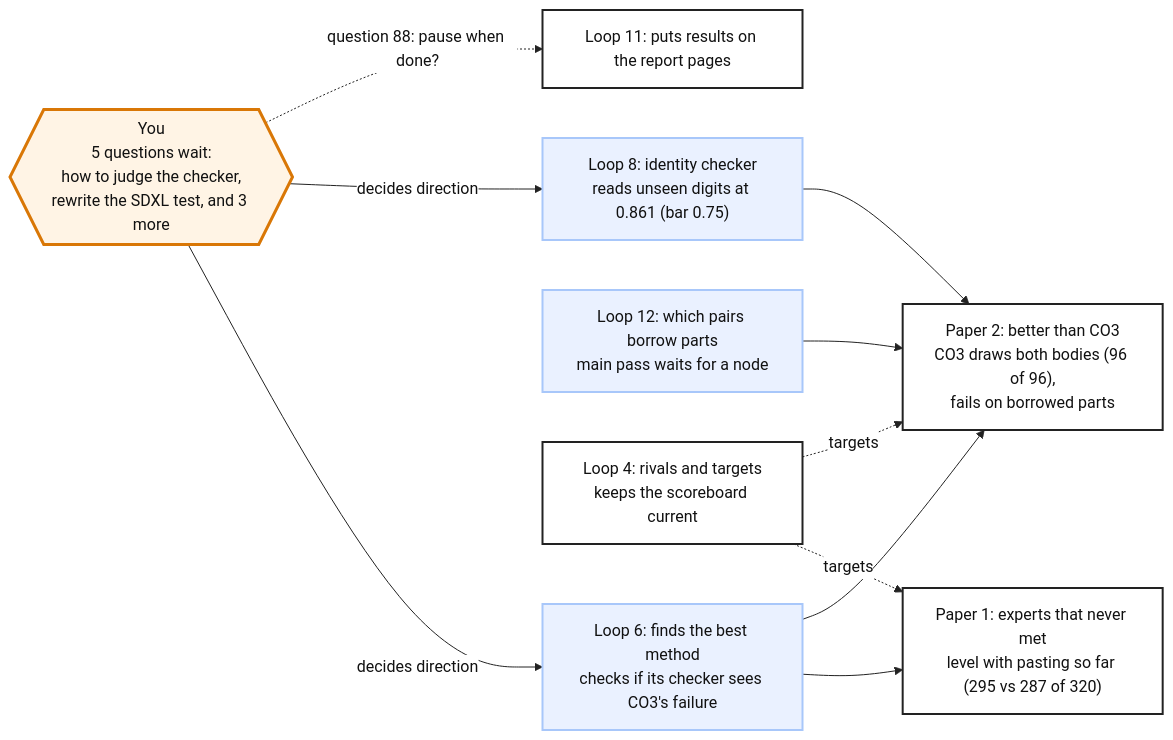
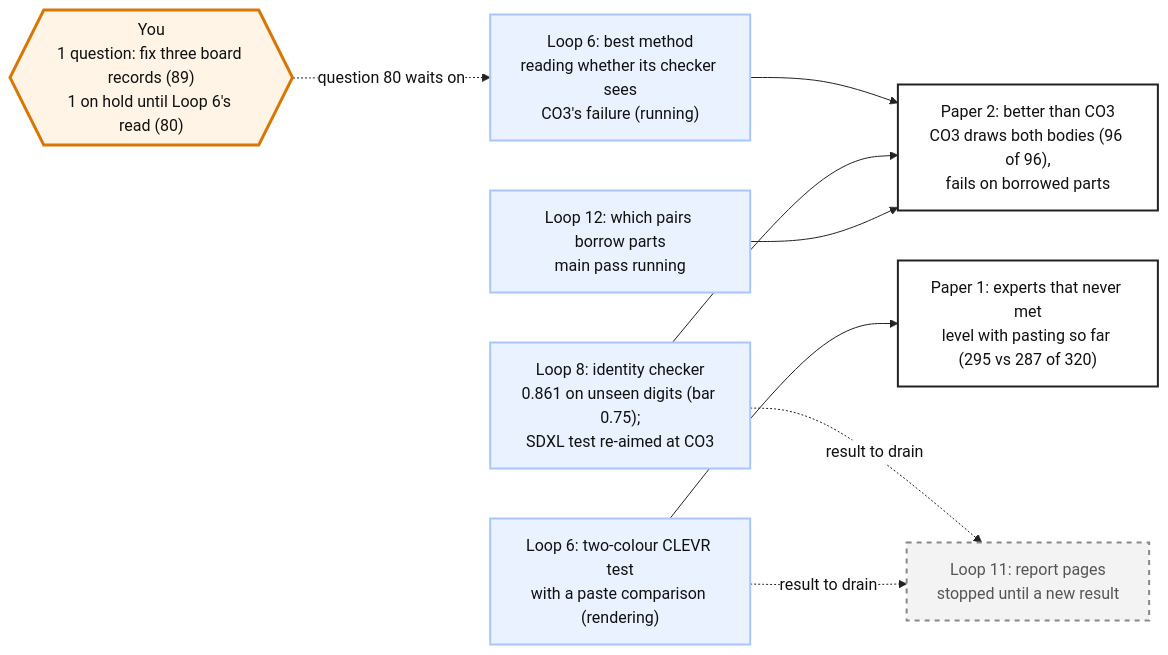
Before and after one commit to mo-rsa24/concept-composition: the diagram in artifacts/notes/progress/manager/briefing/where-we-are.mmd, drawn with Mermaid. The commit also changed 3 other files, not shown here.

```diff
--- a/artifacts/notes/progress/manager/briefing/where-we-are.mmd
+++ b/artifacts/notes/progress/manager/briefing/where-we-are.mmd
@@ -1,22 +1,21 @@
 %%{init: {'theme': 'base', 'themeVariables': {'fontFamily': 'monospace', 'primaryColor': '#ffffff', 'primaryBorderColor': '#222222', 'primaryTextColor': '#111111', 'lineColor': '#222222'}}}%%
 flowchart LR
   classDef plain fill:#ffffff,stroke:#222222,stroke-width:2px,color:#111111
   classDef you fill:#fff4e5,stroke:#d97706,stroke-width:3px,color:#111111
   classDef run fill:#eaf1ff,stroke:#a8c7fa,stroke-width:2px,color:#111111
-  YOU{{"You<br/>5 questions wait:<br/>how to judge the checker,<br/>rewrite the SDXL test, and 3 more"}}:::you
+  classDef stopped fill:#f3f3f3,stroke:#888888,stroke-width:2px,color:#555555,stroke-dasharray: 5 5
+  YOU{{"You<br/>1 question: fix three board records (89)<br/>1 on hold until Loop 6's read (80)"}}:::you
   P1["Paper 1: experts that never met<br/>level with pasting so far (295 vs 287 of 320)"]:::plain
   P2["Paper 2: better than CO3<br/>CO3 draws both bodies (96 of 96),<br/>fails on borrowed parts"]:::plain
-  L6["Loop 6: finds the best method<br/>checks if its checker sees CO3's failure"]:::run
-  L8["Loop 8: identity checker<br/>reads unseen digits at 0.861 (bar 0.75)"]:::run
-  L12["Loop 12: which pairs borrow parts<br/>main pass waits for a node"]:::run
-  L4["Loop 4: rivals and targets<br/>keeps the scoreboard current"]:::plain
-  L11["Loop 11: puts results on the report pages"]:::plain
-  L6 --> P1
+  L6["Loop 6: best method<br/>reading whether its checker sees<br/>CO3's failure (running)"]:::run
+  L6b["Loop 6: two-colour CLEVR test<br/>with a paste comparison (rendering)"]:::run
+  L8["Loop 8: identity checker<br/>0.861 on unseen digits (bar 0.75);<br/>SDXL test re-aimed at CO3"]:::run
+  L12["Loop 12: which pairs borrow parts<br/>main pass running"]:::run
+  L11["Loop 11: report pages<br/>stopped until a new result"]:::stopped
   L6 --> P2
   L8 --> P2
   L12 --> P2
-  L4 -. "targets" .-> P1
-  L4 -. "targets" .-> P2
-  YOU -- "decides direction" --> L6
-  YOU -- "decides direction" --> L8
-  YOU -. "question 88: pause when done?" .-> L11
+  L6b --> P1
+  YOU -. "question 80 waits on" .-> L6
+  L8 -. "result to drain" .-> L11
+  L6b -. "result to drain" .-> L11
```
